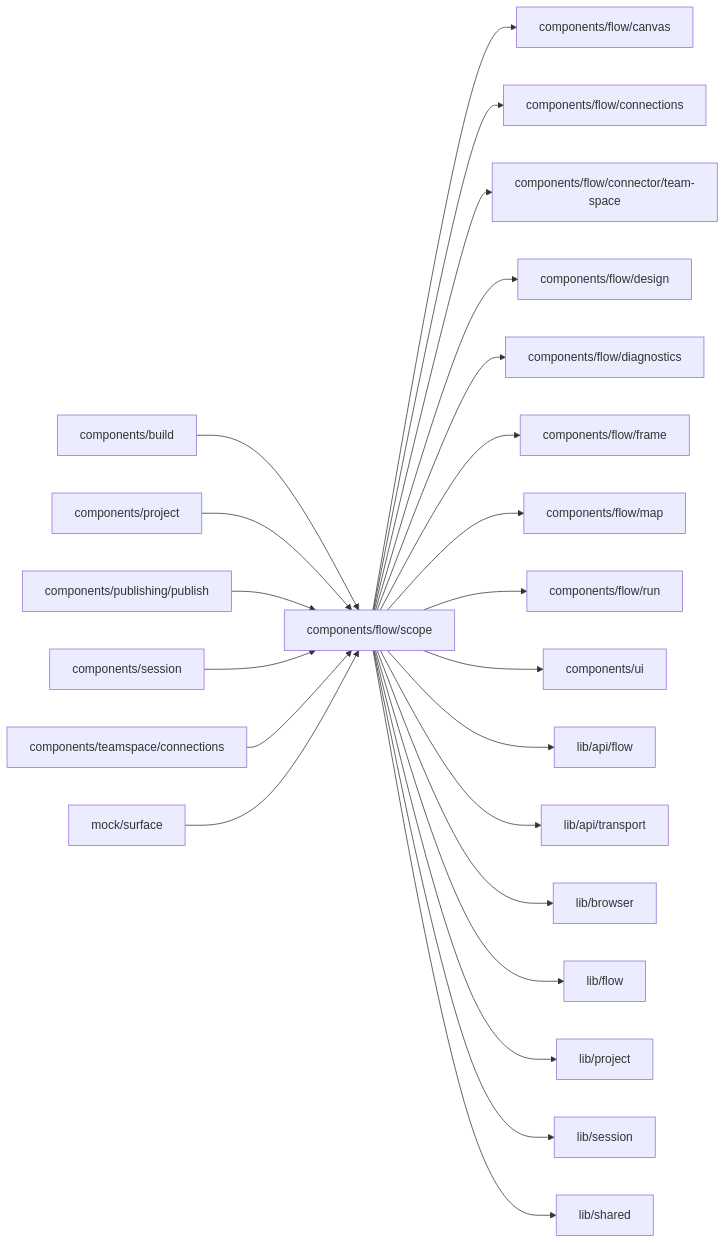
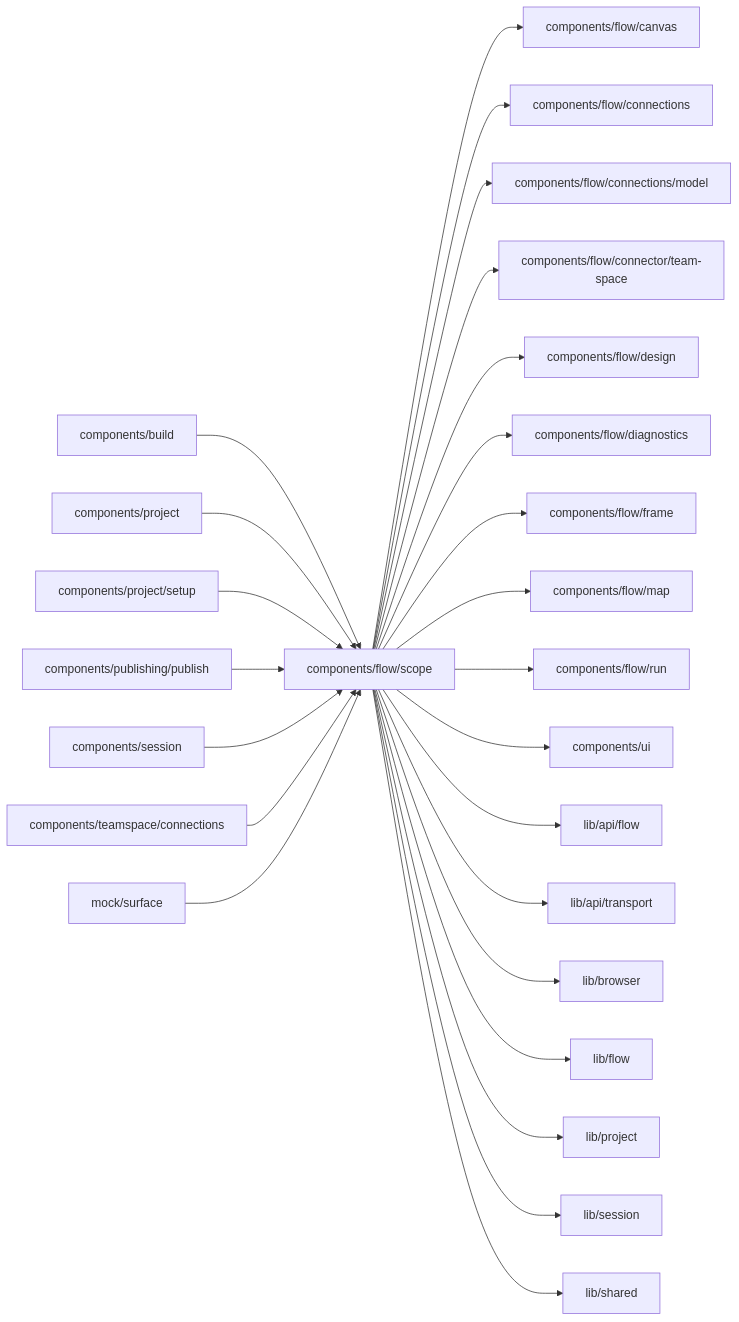
One commit to superdurable/superverse changed the diagram in web/studio/components/flow/scope/README.md. Above: the diagram before and after it, drawn with Mermaid. The commit also changed other lines of this file and 47 other files, not shown here.

First line of the commit message:
Setup follow-ups: automatic apply, Publish on either tab, a simpler popover and a clearer bar

````diff
--- a/web/studio/components/flow/scope/README.md
+++ b/web/studio/components/flow/scope/README.md
@@ -10,26 +10,28 @@
 ```mermaid
 flowchart LR
   self["components/flow/scope"]
   c0["components/build"] --> self
   c1["components/project"] --> self
-  c2["components/publishing/publish"] --> self
-  c3["components/session"] --> self
-  c4["components/teamspace/connections"] --> self
-  c5["mock/surface"] --> self
+  c2["components/project/setup"] --> self
+  c3["components/publishing/publish"] --> self
+  c4["components/session"] --> self
+  c5["components/teamspace/connections"] --> self
+  c6["mock/surface"] --> self
   self --> d0["components/flow/canvas"]
   self --> d1["components/flow/connections"]
-  self --> d2["components/flow/connector/team-space"]
-  self --> d3["components/flow/design"]
-  self --> d4["components/flow/diagnostics"]
-  self --> d5["components/flow/frame"]
-  self --> d6["components/flow/map"]
-  self --> d7["components/flow/run"]
-  self --> d8["components/ui"]
-  self --> d9["lib/api/flow"]
-  self --> d10["lib/api/transport"]
-  self --> d11["lib/browser"]
-  self --> d12["lib/flow"]
-  self --> d13["lib/project"]
-  self --> d14["lib/session"]
-  self --> d15["lib/shared"]
+  self --> d2["components/flow/connections/model"]
+  self --> d3["components/flow/connector/team-space"]
+  self --> d4["components/flow/design"]
+  self --> d5["components/flow/diagnostics"]
+  self --> d6["components/flow/frame"]
+  self --> d7["components/flow/map"]
+  self --> d8["components/flow/run"]
+  self --> d9["components/ui"]
+  self --> d10["lib/api/flow"]
+  self --> d11["lib/api/transport"]
+  self --> d12["lib/browser"]
+  self --> d13["lib/flow"]
+  self --> d14["lib/project"]
+  self --> d15["lib/session"]
+  self --> d16["lib/shared"]
 ```
````
